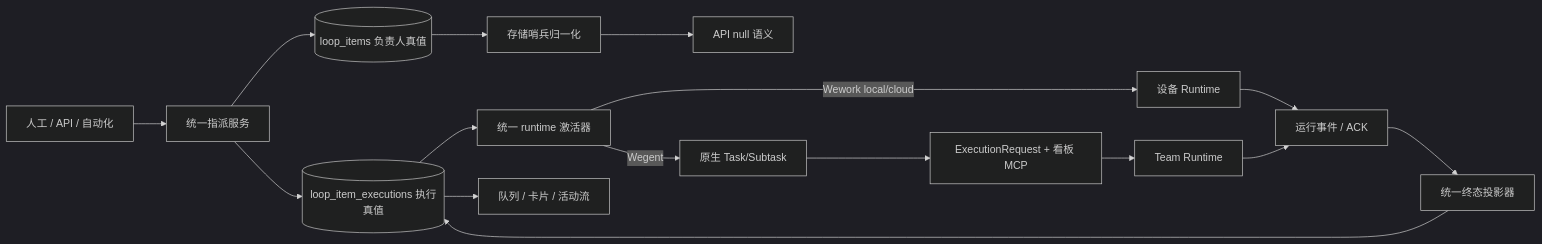
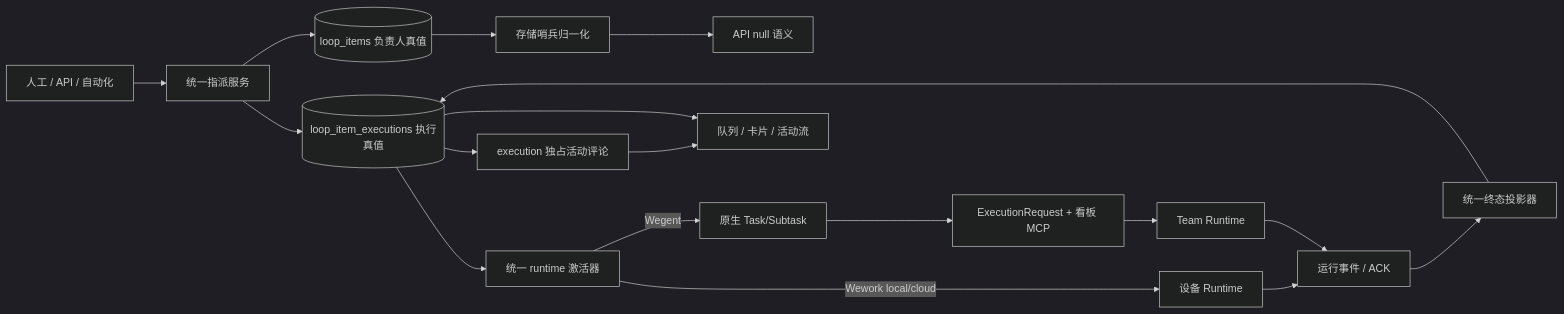
Before and after one commit to wecode-ai/Wegent: the first of 2 diagrams in docs/zh/architecture/board-automation.md, drawn with Mermaid (dark theme). The commit also changed other lines of this file and 23 other files, not shown here.

````diff
--- a/docs/zh/architecture/board-automation.md
+++ b/docs/zh/architecture/board-automation.md
@@ -9,18 +9,20 @@
 ```mermaid
 flowchart LR
     ENTRY[人工 / API / 自动化] --> ASSIGN[统一指派服务]
     ASSIGN --> ITEM[(loop_items 负责人真值)]
     ITEM --> NORMALIZE[存储哨兵归一化]
     NORMALIZE --> API[API null 语义]
     ASSIGN --> EXEC[(loop_item_executions 执行真值)]
+    EXEC --> ACTIVITY[execution 独占活动评论]
     EXEC --> ACTIVATE[统一 runtime 激活器]
     ACTIVATE -->|Wework local/cloud| DEVICE[设备 Runtime]
     ACTIVATE -->|Wegent| TASK[原生 Task/Subtask]
     TASK --> REQUEST[ExecutionRequest + 看板 MCP]
     REQUEST --> TEAM[Team Runtime]
     DEVICE --> EVENT[运行事件 / ACK]
     TEAM --> EVENT
     EVENT --> PROJECT[统一终态投影器]
     PROJECT --> EXEC
-    EXEC --> VIEW[队列 / 卡片 / 活动流]
+    ACTIVITY --> VIEW[队列 / 卡片 / 活动流]
+    EXEC --> VIEW
 ```
````
